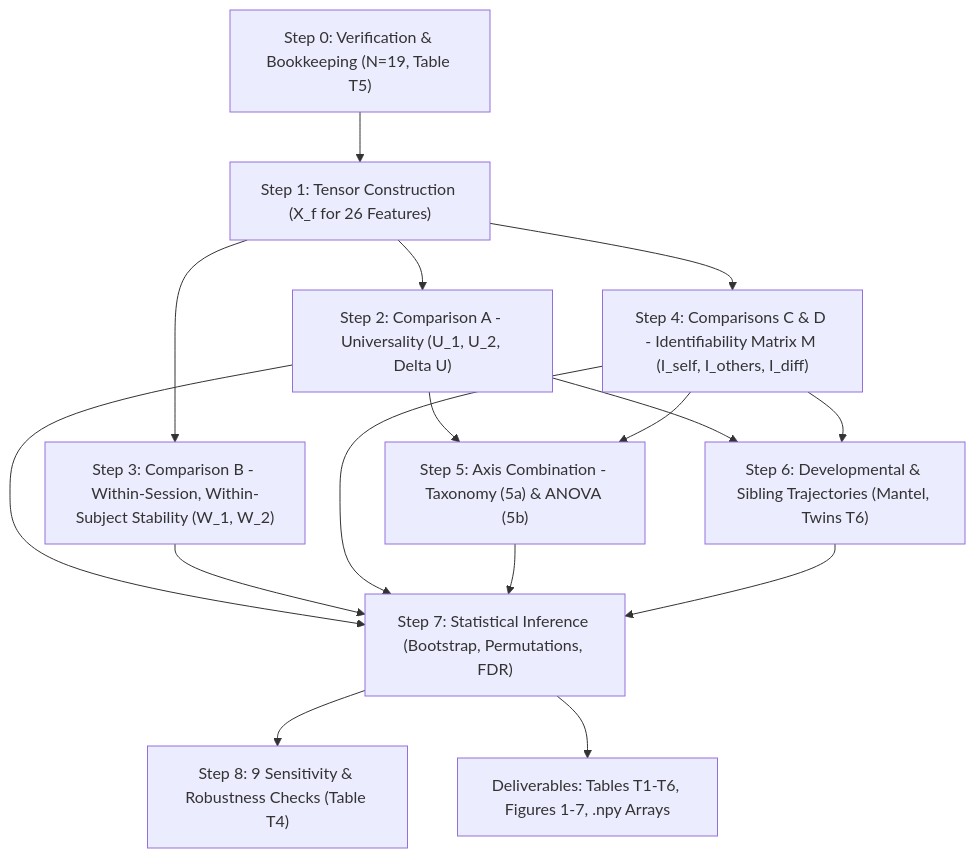
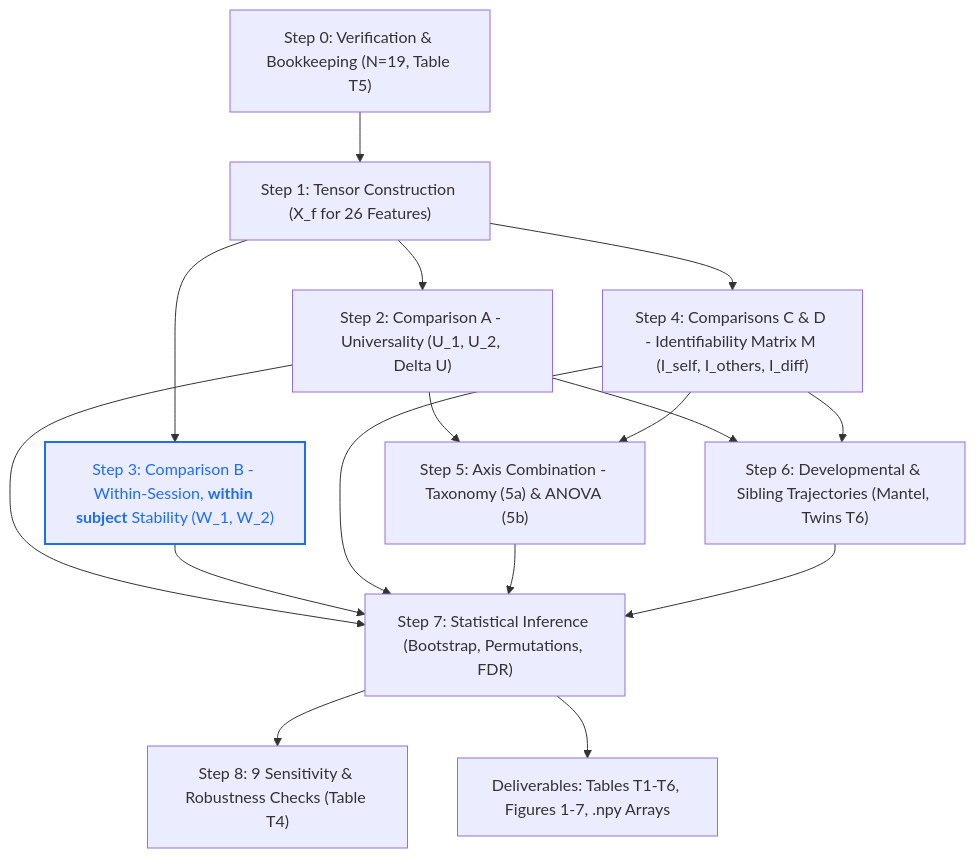
The diagram in ANALYSIS_PIPELINE.md (AlooKaLaddoo/HonoursM26), drawn with Mermaid before and after one commit. The commit also changed other lines of this file and 6 other files, not shown here.

````diff
--- a/ANALYSIS_PIPELINE.md
+++ b/ANALYSIS_PIPELINE.md
@@ -156,14 +407,16 @@
 ```mermaid
 flowchart TD
     Step0["Step 0: Verification & Bookkeeping (N=19, Table T5)"] --> Step1["Step 1: Tensor Construction (X_f for 26 Features)"]
     Step1 --> Step2["Step 2: Comparison A - Universality (U_1, U_2, Delta U)"]
-    Step1 --> Step3["Step 3: Comparison B - Within-Session, Within-Subject Stability (W_1, W_2)"]
+    Step1 --> Step3["Step 3: Comparison B - Within-Session, <b>within subject</b> Stability (W_1, W_2)"]
     Step1 --> Step4["Step 4: Comparisons C & D - Identifiability Matrix M (I_self, I_others, I_diff)"]
     Step2 --> Step5["Step 5: Axis Combination - Taxonomy (5a) & ANOVA (5b)"]
     Step4 --> Step5
     Step2 --> Step6["Step 6: Developmental & Sibling Trajectories (Mantel, Twins T6)"]
     Step4 --> Step6
     Step2 & Step3 & Step4 & Step5 & Step6 --> Step7["Step 7: Statistical Inference (Bootstrap, Permutations, FDR)"]
     Step7 --> Step8["Step 8: 9 Sensitivity & Robustness Checks (Table T4)"]
     Step7 --> Deliverables["Deliverables: Tables T1-T6, Figures 1-7, .npy Arrays"]
+
+    style Step3 color:#1f6feb,stroke:#1f6feb,stroke-width:2px
 ```
````
